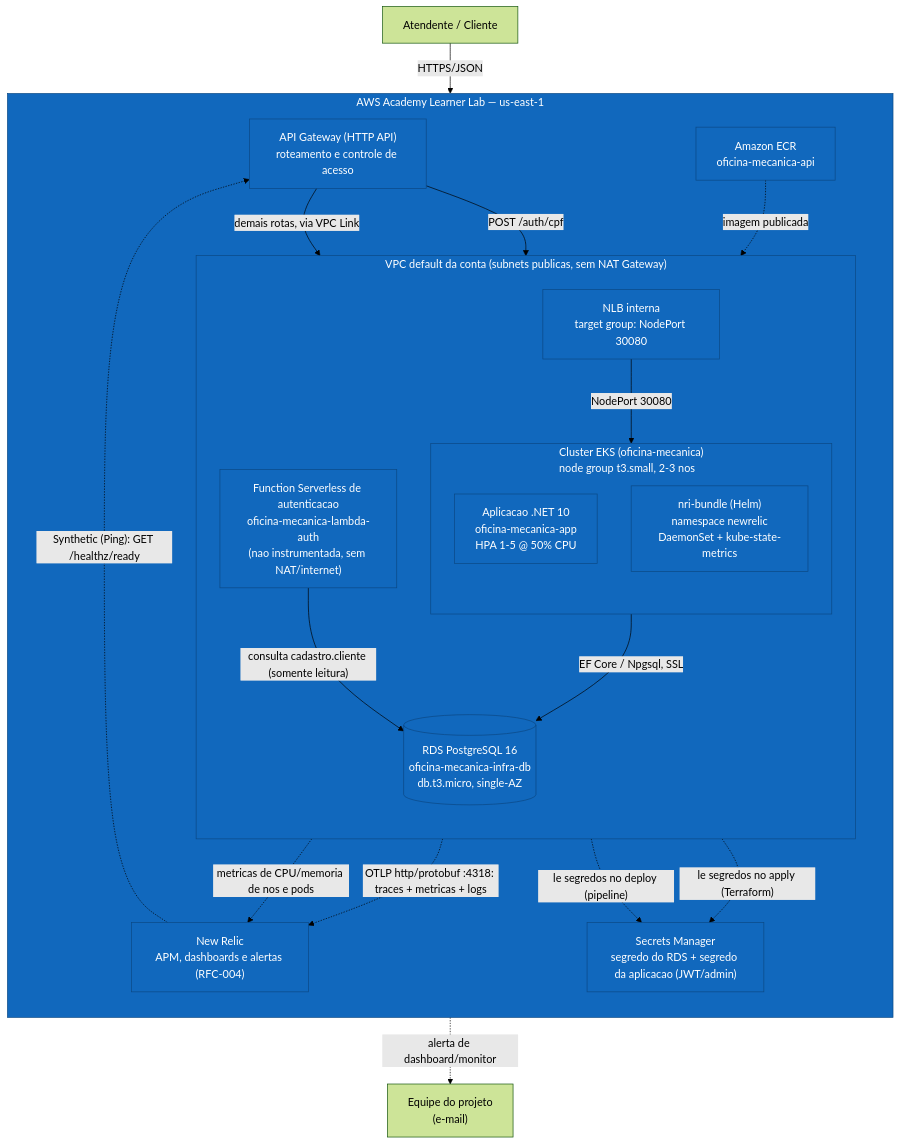
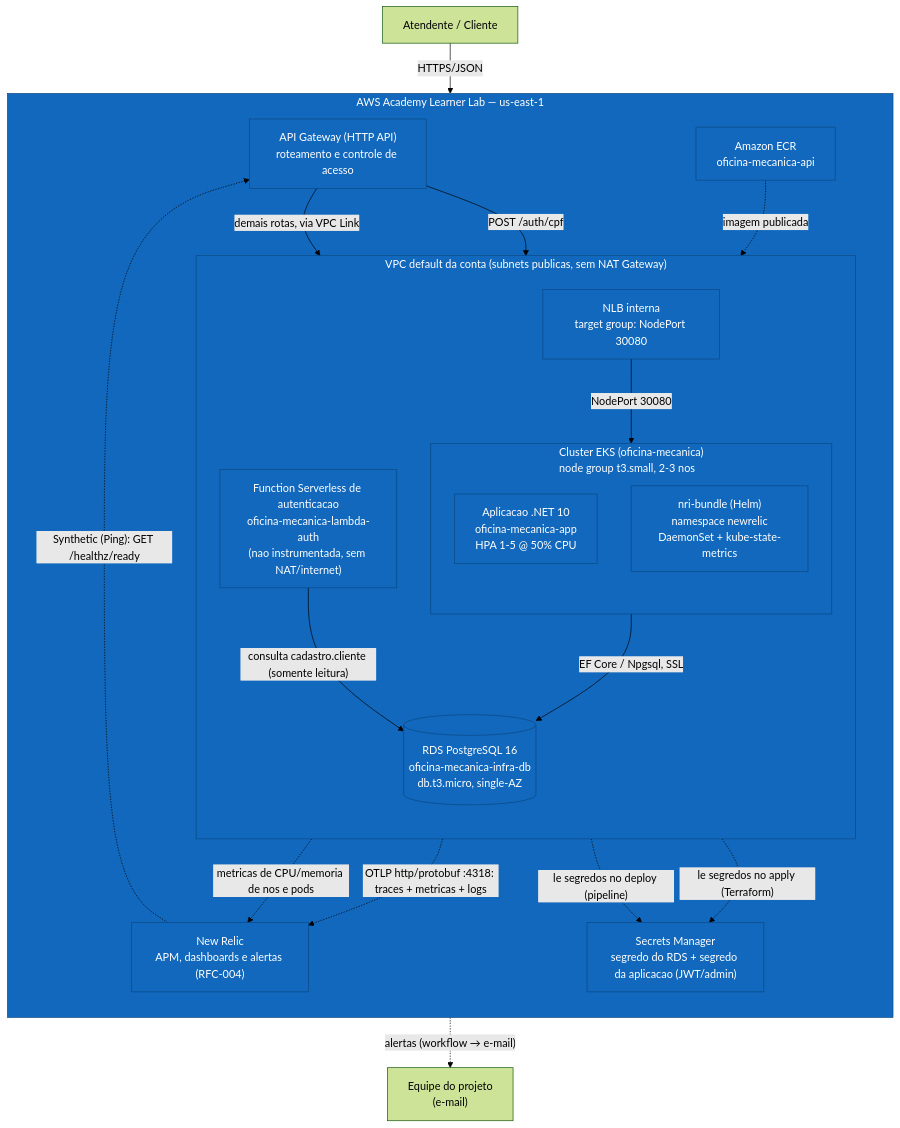
The second of 2 diagrams in docs/arquitetura/diagramas/infraestrutura.md (gabrielMauad/oficina-mecanica-app), drawn with Mermaid (forest theme) before and after one commit. The commit also changed other lines of this file and 2 other files, not shown here.

````diff
--- a/docs/arquitetura/diagramas/infraestrutura.md
+++ b/docs/arquitetura/diagramas/infraestrutura.md
@@ -52,47 +52,47 @@
 ```mermaid
 flowchart TB
     ator["Atendente / Cliente"]
     equipe["Equipe do projeto<br/>(e-mail)"]
 
     subgraph aws["AWS Academy Learner Lab — us-east-1"]
         direction TB
         gw["API Gateway (HTTP API)<br/>roteamento e controle de acesso"]
 
         subgraph vpc["VPC default da conta (subnets publicas, sem NAT Gateway)"]
             direction TB
             authFn["Function Serverless de autenticacao<br/>oficina-mecanica-lambda-auth<br/>(nao instrumentada, sem NAT/internet)"]
 
             subgraph eks["Cluster EKS (oficina-mecanica)<br/>node group t3.small, 2-3 nos"]
                 direction TB
                 api["Aplicacao .NET 10<br/>oficina-mecanica-app<br/>HPA 1-5 @ 50% CPU"]
                 nri["nri-bundle (Helm)<br/>namespace newrelic<br/>DaemonSet + kube-state-metrics"]
             end
 
             nlb["NLB interna<br/>target group: NodePort 30080"]
             rds[("RDS PostgreSQL 16<br/>oficina-mecanica-infra-db<br/>db.t3.micro, single-AZ")]
         end
 
         secrets["Secrets Manager<br/>segredo do RDS + segredo da aplicacao (JWT/admin)"]
         ecr["Amazon ECR<br/>oficina-mecanica-api"]
         apm["New Relic<br/>APM, dashboards e alertas (RFC-004)"]
     end
 
     ator -->|"HTTPS/JSON"| gw
     gw -->|"POST /auth/cpf"| authFn
     gw -->|"demais rotas, via VPC Link"| nlb
     nlb -->|"NodePort 30080"| api
     authFn -->|"consulta cadastro.cliente (somente leitura)"| rds
     api -->|"EF Core / Npgsql, SSL"| rds
     authFn -.->|"le segredos no apply (Terraform)"| secrets
     api -.->|"le segredos no deploy (pipeline)"| secrets
     ecr -.->|"imagem publicada"| api
     api -.->|"OTLP http/protobuf :4318: traces + metricas + logs"| apm
     nri -.->|"metricas de CPU/memoria de nos e pods"| apm
     apm -.->|"Synthetic (Ping): GET /healthz/ready"| gw
-    apm -.->|"alerta de dashboard/monitor"| equipe
+    apm -.->|"alertas (workflow → e-mail)"| equipe
 
     classDef existente fill:#1168bd,stroke:#0b4884,color:#fff
     class ator fill:#08427b,stroke:#052e56,color:#fff
     class equipe fill:#08427b,stroke:#052e56,color:#fff
     class gw,vpc,eks,api,rds,secrets,ecr,authFn,nlb,aws,apm,nri existente
 ```
````
